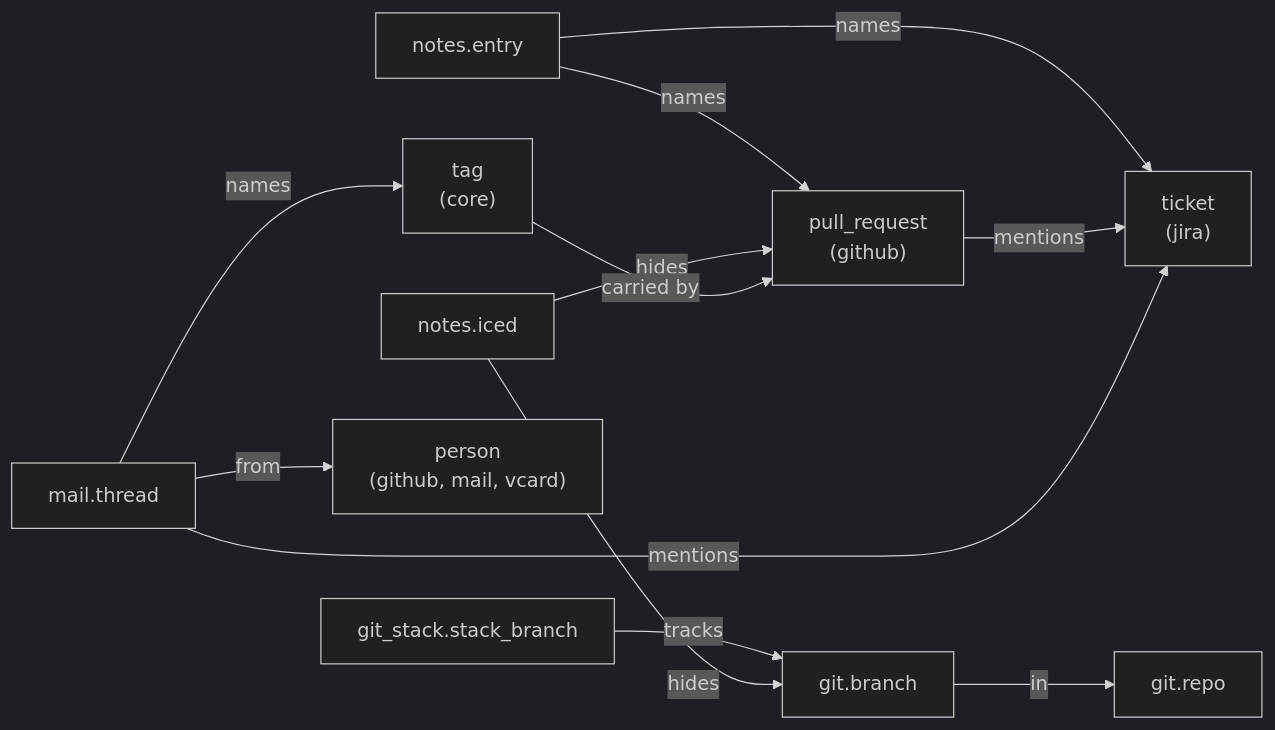
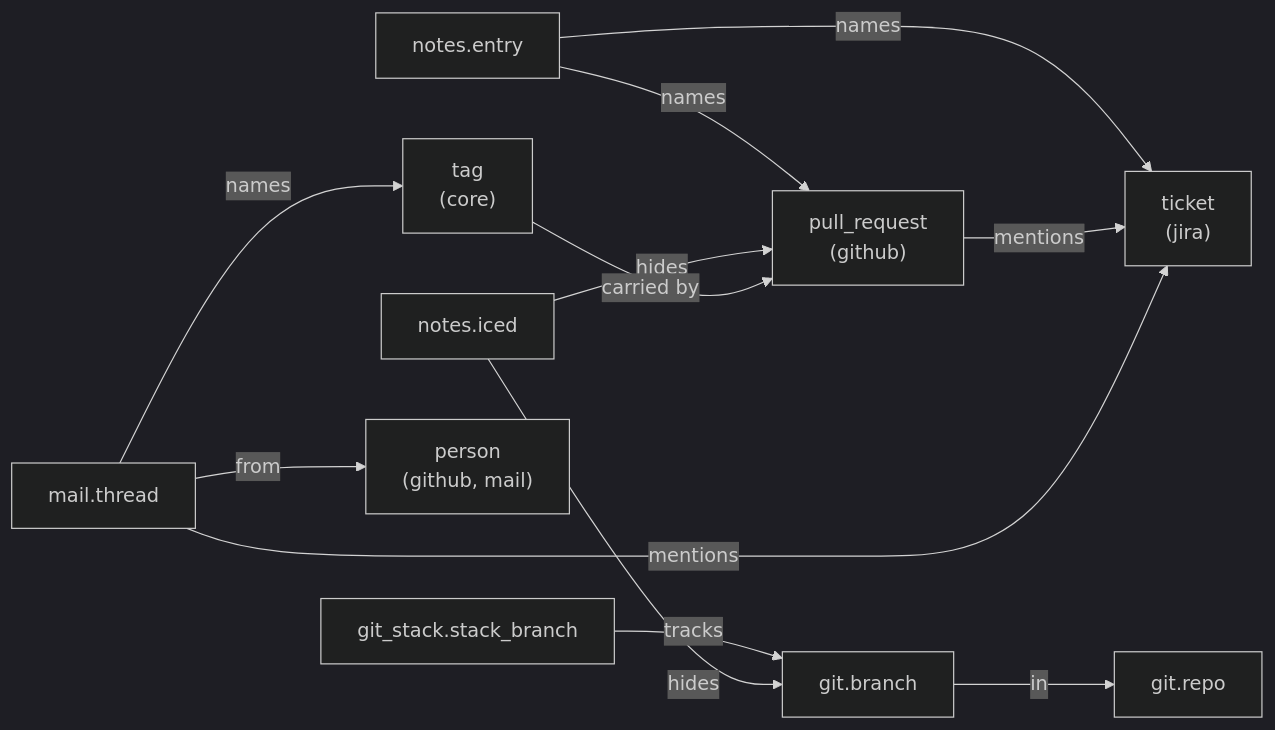
One commit to benekastah/move-forward changed the first of 4 diagrams in docs/graph.md. Above: the diagram before and after it, drawn with Mermaid (dark theme). The commit also changed 26 other files, not shown here.

First line of the commit message:
Remove the vcard plugin; roadmap reading Google and Apple Contacts (#211)

````diff
--- a/docs/graph.md
+++ b/docs/graph.md
@@ -40,14 +40,14 @@
 ```mermaid
 flowchart LR
     entry["notes.entry"] -->|names| pr["pull_request<br/>(github)"]
     entry -->|names| ticket["ticket<br/>(jira)"]
     pr -->|mentions| ticket
     branch["git.branch"] -->|in| repo["git.repo"]
     stack_branch["git_stack.stack_branch"] -->|tracks| branch
     ice["notes.iced"] -->|hides| branch
     ice -->|hides| pr
-    thread["mail.thread"] -->|from| person["person<br/>(github, mail, vcard)"]
+    thread["mail.thread"] -->|from| person["person<br/>(github, mail)"]
     thread -->|mentions| ticket
     tag["tag<br/>(core)"] -->|carried by| pr
     thread -->|names| tag
 ```
````
